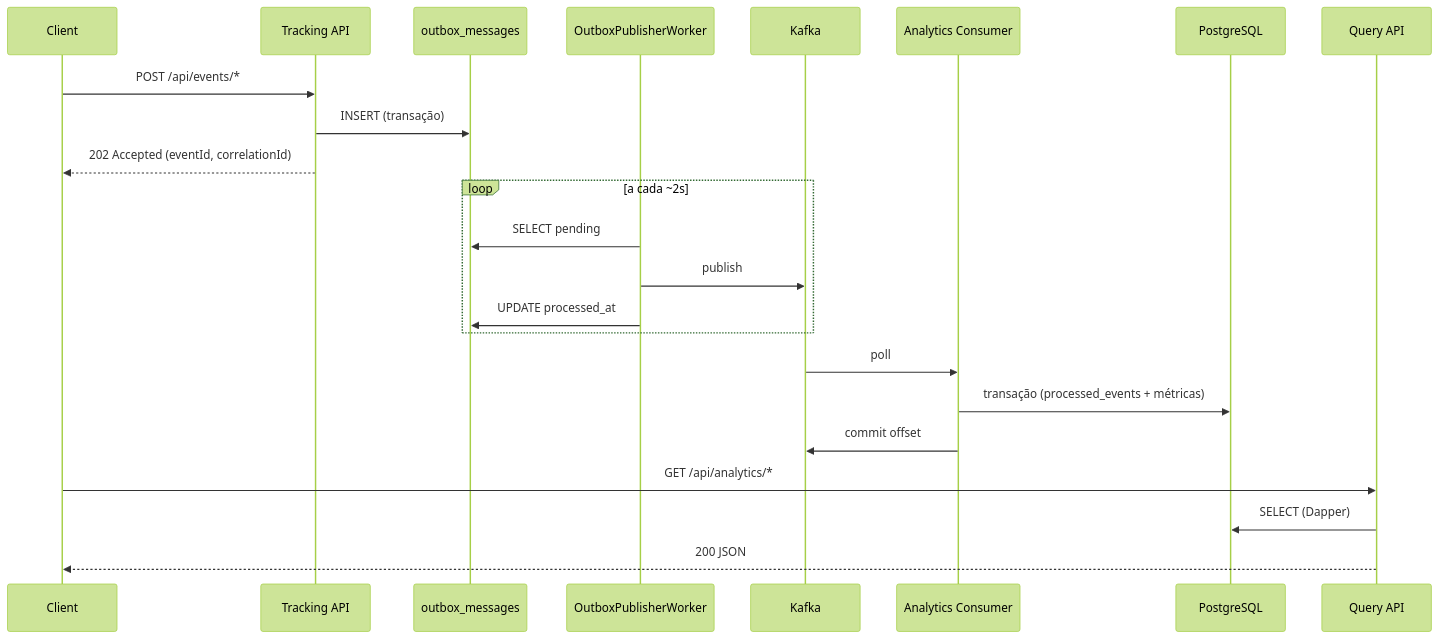
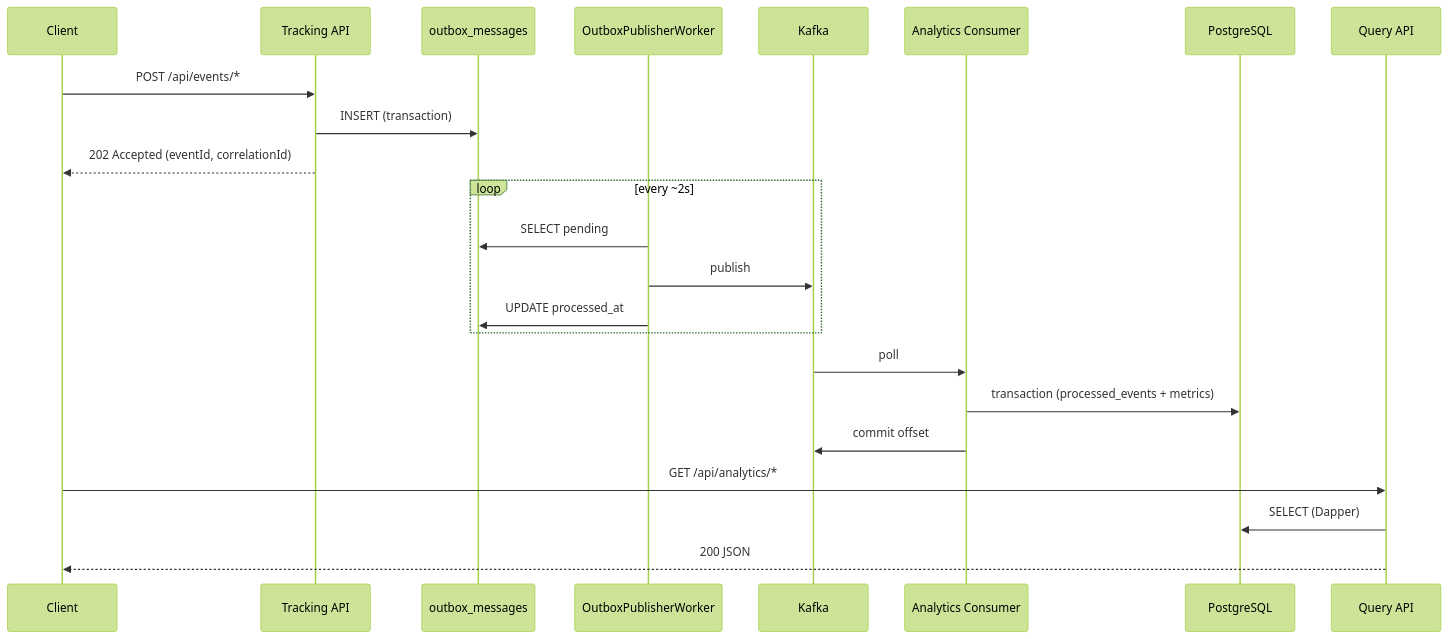
The first of 2 diagrams in docs/architecture.md (luismpenholato/EventStreaming.Analytics.Kafka), drawn with Mermaid (forest theme) before and after one commit. The commit also changed other lines of this file and 26 other files, not shown here.

````diff
--- a/docs/architecture.md
+++ b/docs/architecture.md
@@ -16,29 +16,29 @@
 ```mermaid
 sequenceDiagram
     participant Client
     participant TrackingAPI as Tracking API
     participant Outbox as outbox_messages
     participant Worker as OutboxPublisherWorker
     participant Kafka
     participant Consumer as Analytics Consumer
     participant DB as PostgreSQL
     participant QueryAPI as Query API
 
     Client->>TrackingAPI: POST /api/events/*
-    TrackingAPI->>Outbox: INSERT (transação)
+    TrackingAPI->>Outbox: INSERT (transaction)
     TrackingAPI-->>Client: 202 Accepted (eventId, correlationId)
 
-    loop a cada ~2s
+    loop every ~2s
         Worker->>Outbox: SELECT pending
         Worker->>Kafka: publish
         Worker->>Outbox: UPDATE processed_at
     end
 
     Kafka->>Consumer: poll
-    Consumer->>DB: transação (processed_events + métricas)
+    Consumer->>DB: transaction (processed_events + metrics)
     Consumer->>Kafka: commit offset
 
     Client->>QueryAPI: GET /api/analytics/*
     QueryAPI->>DB: SELECT (Dapper)
     QueryAPI-->>Client: 200 JSON
 ```
````
